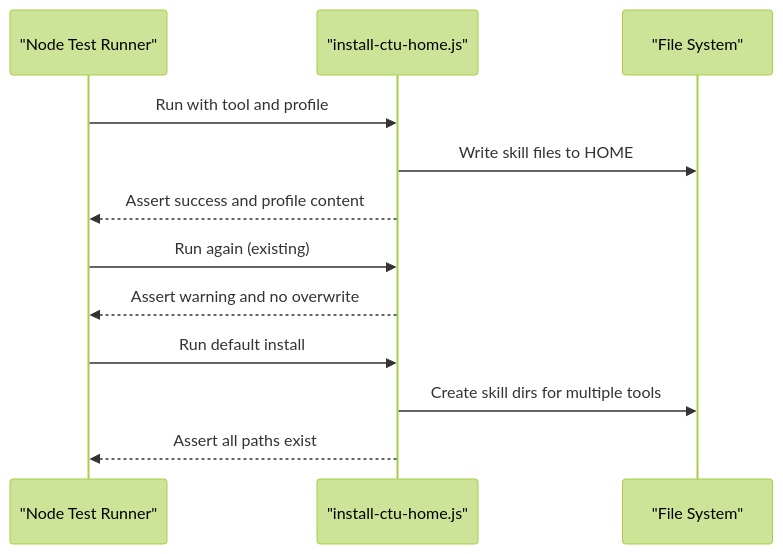
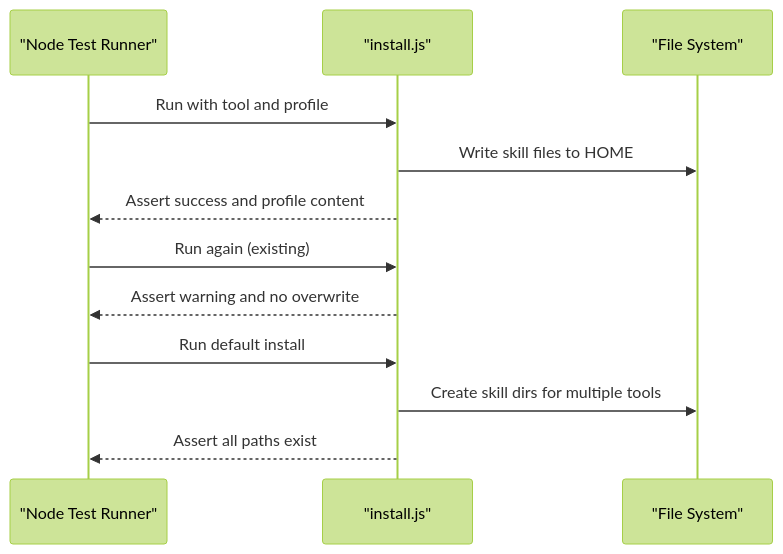
Before and after one commit to pingwurth/code-to-uml: the seventh of 10 diagrams in .qoder/repowiki/en/content/Testing and Quality Assurance.md, drawn with Mermaid (forest theme). The commit also changed other lines of this file and 26 other files, not shown here.

Commit message:
rename install-ctu-home.js install.js

````diff
--- a/.qoder/repowiki/en/content/Testing and Quality Assurance.md
+++ b/.qoder/repowiki/en/content/Testing and Quality Assurance.md
@@ -312,14 +312,14 @@
 ```mermaid
 sequenceDiagram
 participant Test as "Node Test Runner"
-participant Install as "install-ctu-home.js"
+participant Install as "install.js"
 participant FS as "File System"
 Test->>Install : Run with tool and profile
 Install->>FS : Write skill files to HOME
 Install-->>Test : Assert success and profile content
 Test->>Install : Run again (existing)
 Install-->>Test : Assert warning and no overwrite
 Test->>Install : Run default install
 Install->>FS : Create skill dirs for multiple tools
 Install-->>Test : Assert all paths exist
 ```
````
